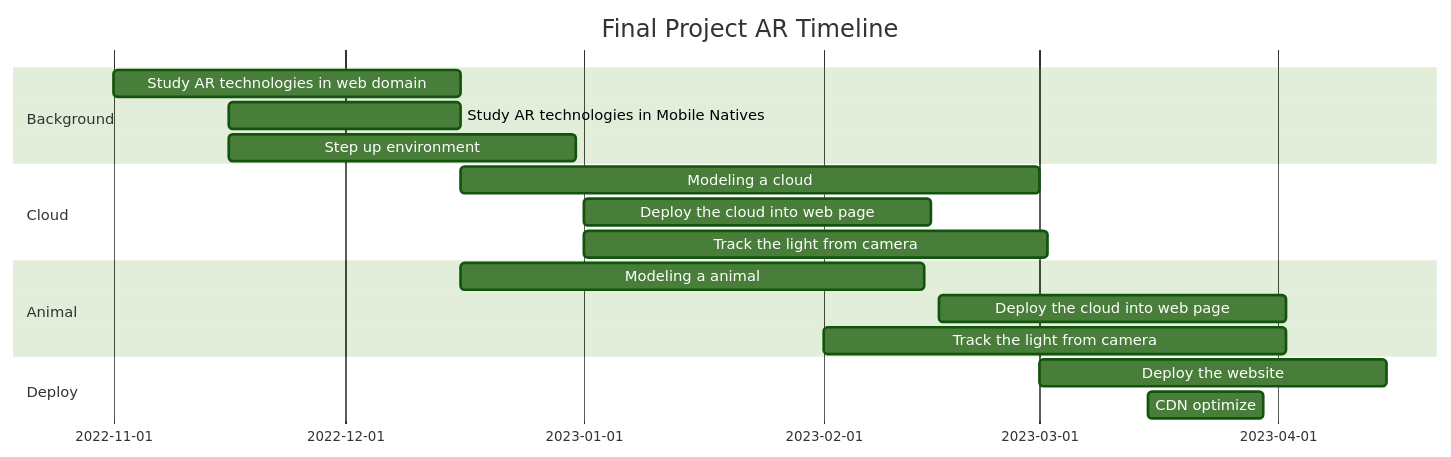
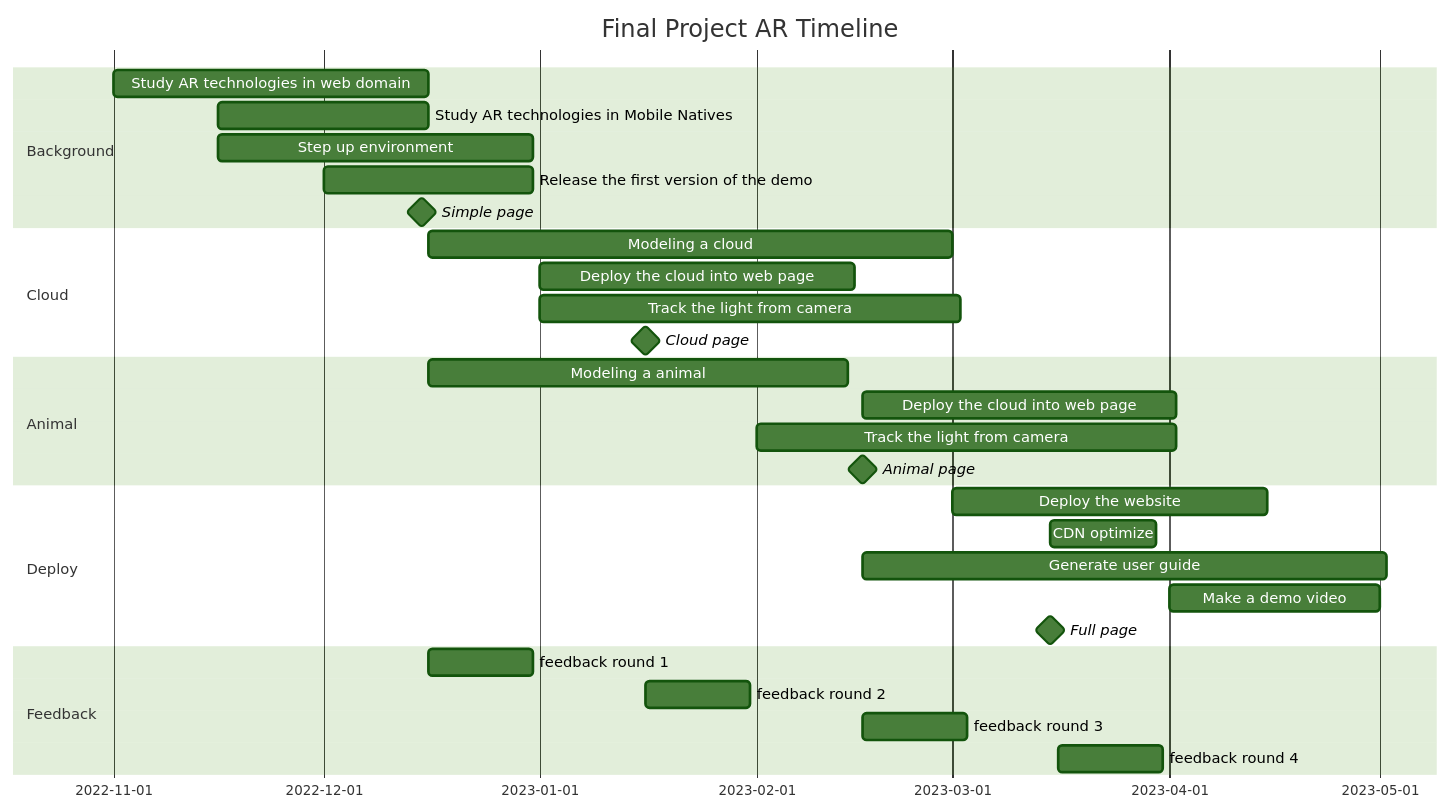
Before and after one commit to LAWTED/final-project-ar-presentation: the diagram in slides.md, drawn with Mermaid (forest theme).

Commit message:
feat: reorder timeline

````diff
--- a/slides.md
+++ b/slides.md
@@ -180,20 +180,38 @@
 ```mermaid
 gantt
     title Final Project AR Timeline
     dateFormat  YYYY-MM-DD
     section Background
     Study AR technologies in web domain :a1, 2022-11-01, 45d
     Study AR technologies in Mobile Natives :a2, 2022-11-16  , 30d
     Step up environment :a3, 2022-11-16 , 45d
+    Release the first version of the demo :a4, 2022-12-01, 30d
+    Simple page :milestone, 2022-12-15, 0d
+
+
     section Cloud
     Modeling a cloud :b1, 2022-12-16, 75d
     Deploy the cloud into web page     :b1, 2023-01-01  , 45d
     Track the light from camera :b3, 2023-01-01 , 60d
+    Cloud page :milestone, 2023-01-16, 0d
+
     section Animal
     Modeling a animal :c1, 2022-12-16, 60d
     Deploy the cloud into web page     :c1, 2023-02-16  , 45d
     Track the light from camera :c3, 2023-02-01 , 60d
+    Animal page :milestone, 2023-2-16, 0d
+
     section Deploy
     Deploy the website :d1, 2023-03-01, 45d
     CDN optimize :d2, 2023-03-15, 15d
+    Generate user guide :d3, 2023-02-16, 75d
+    Make a demo video :d4, 2023-04-01, 30d
+    Full page :milestone, 2023-03-15, 0d
+
+    section Feedback
+    feedback round 1 :e1, 2022-12-16, 15d
+    feedback round 2 :e2, 2023-01-16, 15d
+    feedback round 3 :e2, 2023-02-16, 15d
+    feedback round 4 :e2, 2023-03-16, 15d
+
 ```
````
